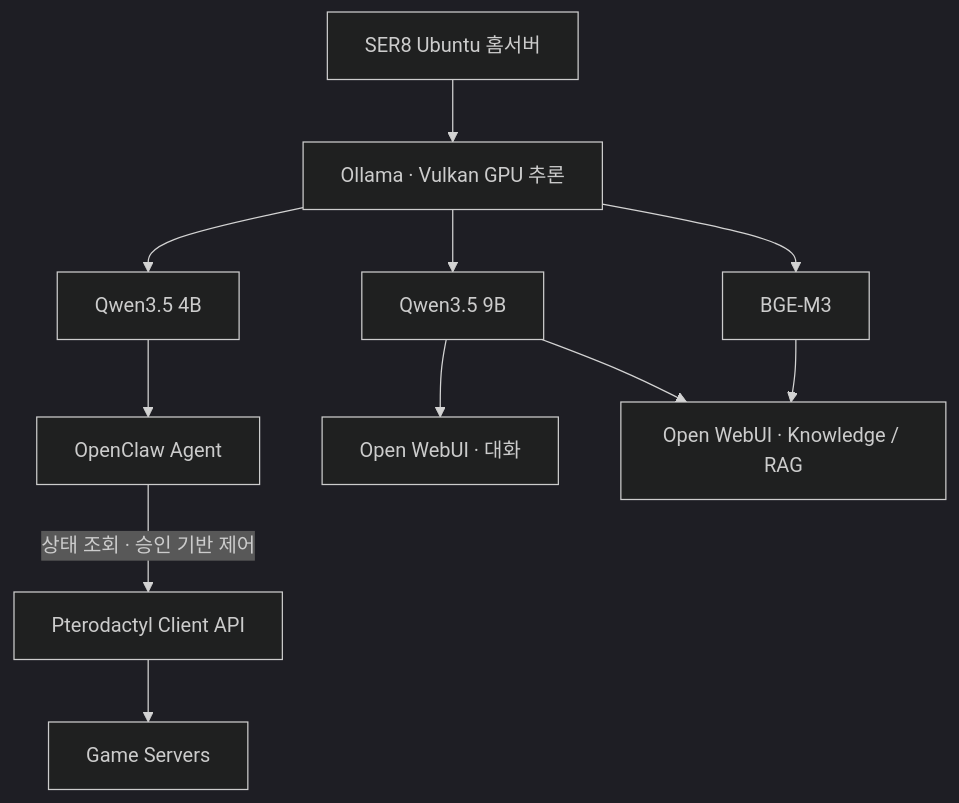
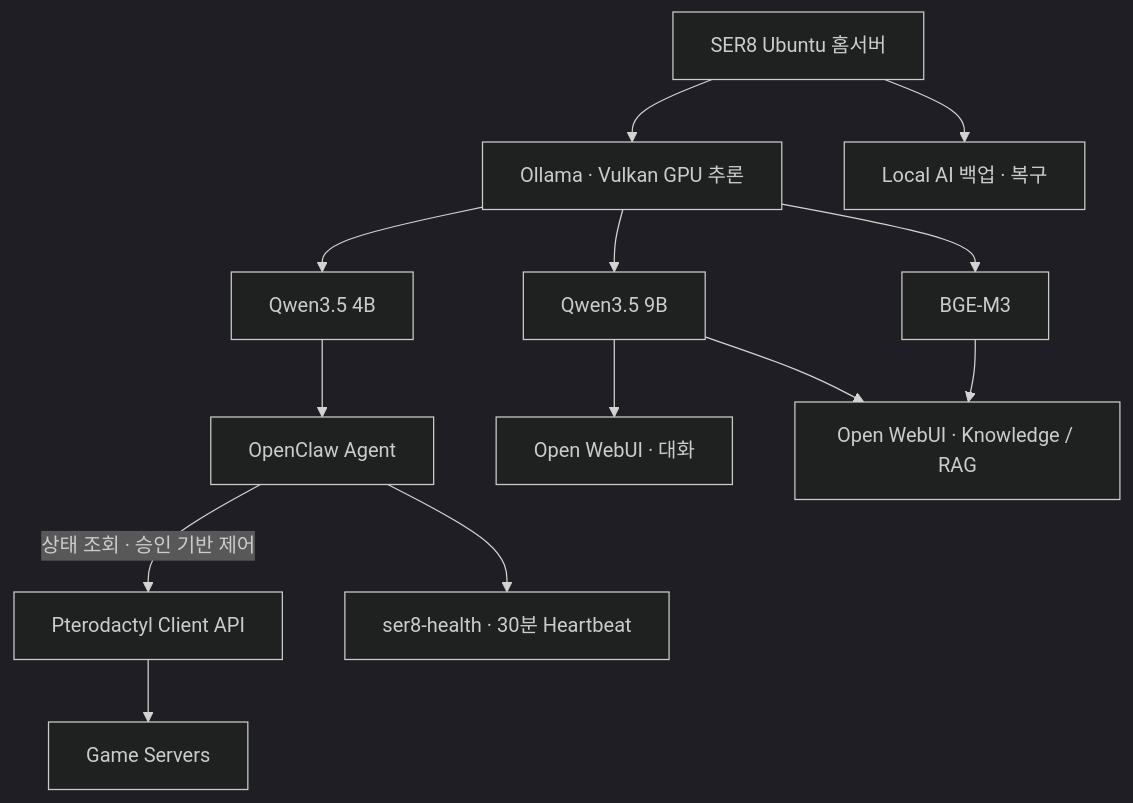
The diagram in README.md (kosmos-s/local-llm), drawn with Mermaid (dark theme) before and after one commit. The commit also changed other lines of this file and 4 other files, not shown here.

````diff
--- a/README.md
+++ b/README.md
@@ -25,13 +25,15 @@
 ```mermaid
 flowchart TB
     SER8["SER8 Ubuntu 홈서버"] --> Ollama["Ollama · Vulkan GPU 추론"]
     Ollama --> Q4["Qwen3.5 4B"]
     Ollama --> Q9["Qwen3.5 9B"]
     Ollama --> BGE["BGE-M3"]
     Q4 --> OpenClaw["OpenClaw Agent"]
     Q9 --> WebUI["Open WebUI · 대화"]
     Q9 --> RAG["Open WebUI · Knowledge / RAG"]
     BGE --> RAG["Open WebUI · Knowledge / RAG"]
     OpenClaw -->|상태 조회 · 승인 기반 제어| Ptero["Pterodactyl Client API"]
     Ptero --> Games["Game Servers"]
+    OpenClaw --> Health["ser8-health · 30분 Heartbeat"]
+    SER8 --> Backup["Local AI 백업 · 복구"]
 ```
````
